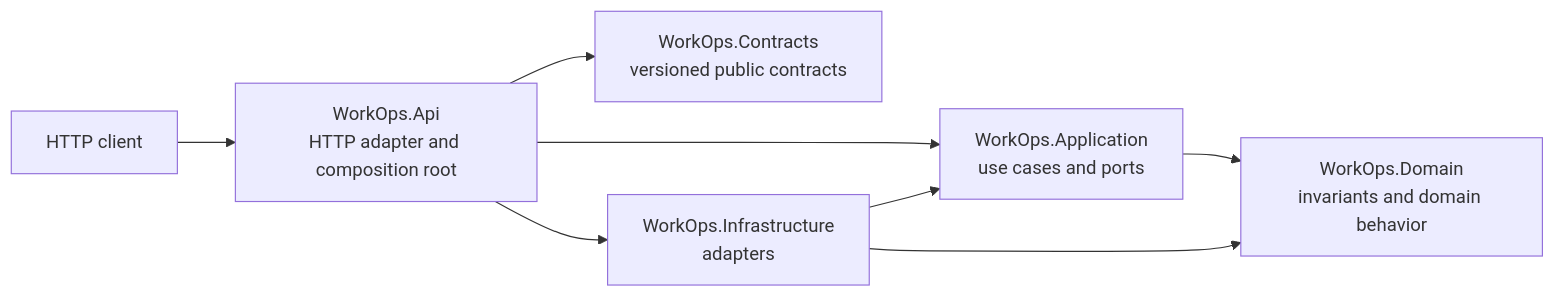
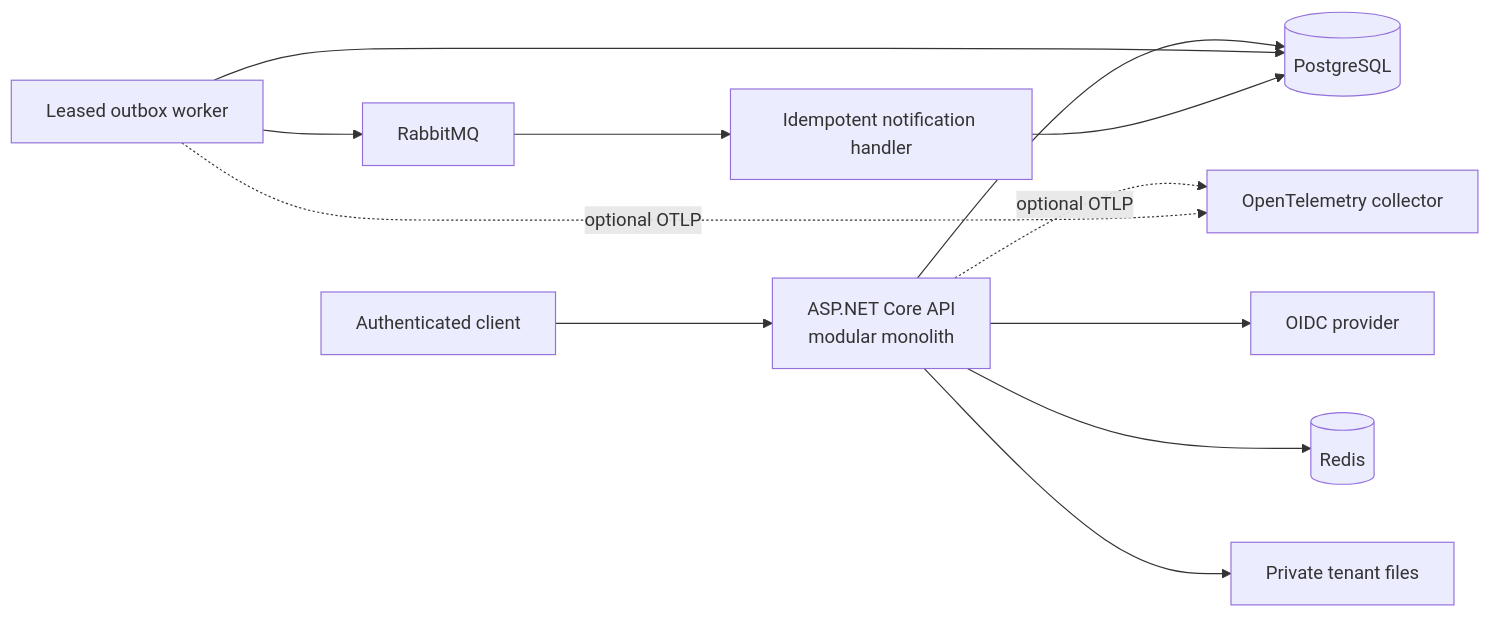
One commit to adnanjalloh/WorkOps.Platform changed the first of 2 diagrams in README.md. Above: the diagram before and after it, drawn with Mermaid. The commit also changed other lines of this file and 14 other files, not shown here.

````diff
--- a/README.md
+++ b/README.md
@@ -28,10 +39,14 @@
 ```mermaid
 flowchart LR
-    Client["HTTP client"] --> Api["WorkOps.Api\nHTTP adapter and composition root"]
-    Api --> Contracts["WorkOps.Contracts\nversioned public contracts"]
-    Api --> Application["WorkOps.Application\nuse cases and ports"]
-    Application --> Domain["WorkOps.Domain\ninvariants and domain behavior"]
-    Api --> Infrastructure["WorkOps.Infrastructure\nadapters"]
-    Infrastructure --> Application
-    Infrastructure --> Domain
+    Client["Authenticated client"] --> Api["ASP.NET Core API\nmodular monolith"]
+    Api --> Oidc["OIDC provider"]
+    Api --> Db[("PostgreSQL")]
+    Api --> Cache[("Redis")]
+    Api --> Files["Private tenant files"]
+    Worker["Leased outbox worker"] --> Db
+    Worker --> Broker["RabbitMQ"]
+    Broker --> Handler["Idempotent notification handler"]
+    Handler --> Db
+    Api -. optional OTLP .-> Telemetry["OpenTelemetry collector"]
+    Worker -. optional OTLP .-> Telemetry
 ```
````
